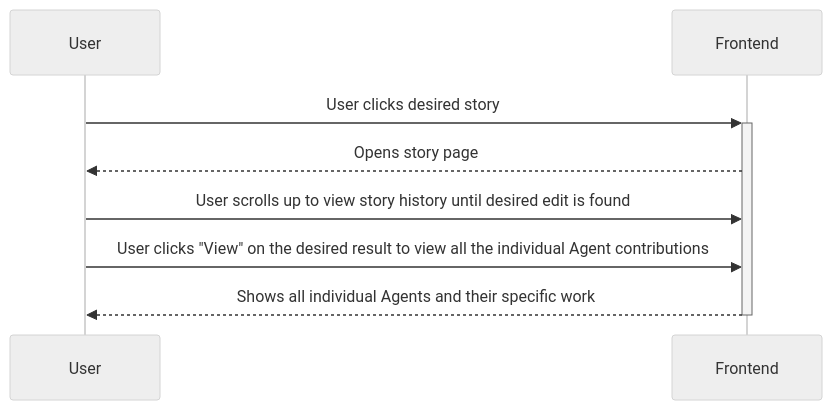
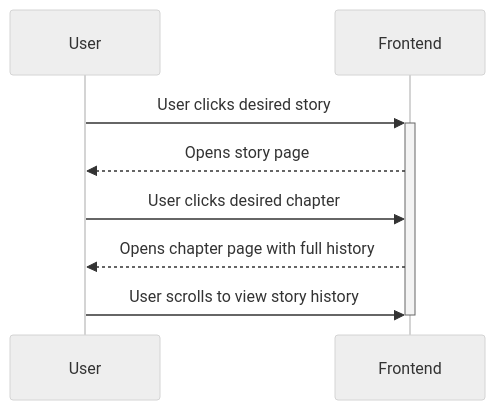
The fourth of 10 diagrams in documentation/docs/system-architecture/sequence-diagrams.md (Capstone-Projects-2025-Spring/project-003-story-builder-team-1), drawn with Mermaid (neutral theme) before and after one commit. The commit also changed other lines of this file, not shown here.

Commit message:
Fixed sequence diagram 4 with suggested edits

````diff
--- a/documentation/docs/system-architecture/sequence-diagrams.md
+++ b/documentation/docs/system-architecture/sequence-diagrams.md
@@ -87,10 +87,11 @@
 ```mermaid
 sequenceDiagram
     participant User
     participant Frontend
     User->>+Frontend: User clicks desired story
     Frontend-->>User: Opens story page
-    User->>Frontend: User scrolls up to view story history until desired edit is found
-    User->>Frontend: User clicks "View" on the desired result to view all the individual Agent contributions
-    Frontend-->>-User: Shows all individual Agents and their specific work
+    User->>Frontend: User clicks desired chapter
+    Frontend-->>User: Opens chapter page with full history
+    User->>Frontend: User scrolls to view story history
+    deactivate Frontend
 ```
````
